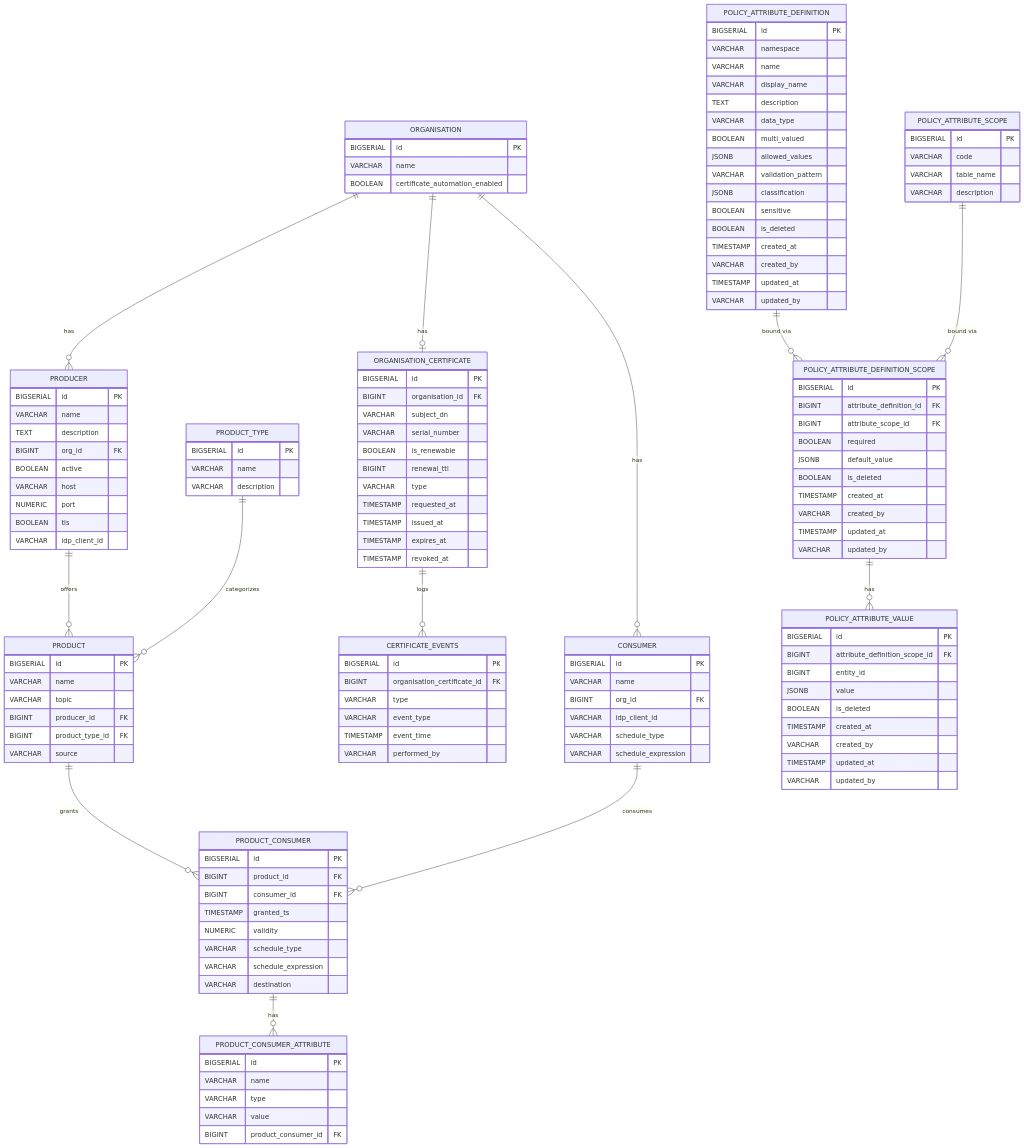
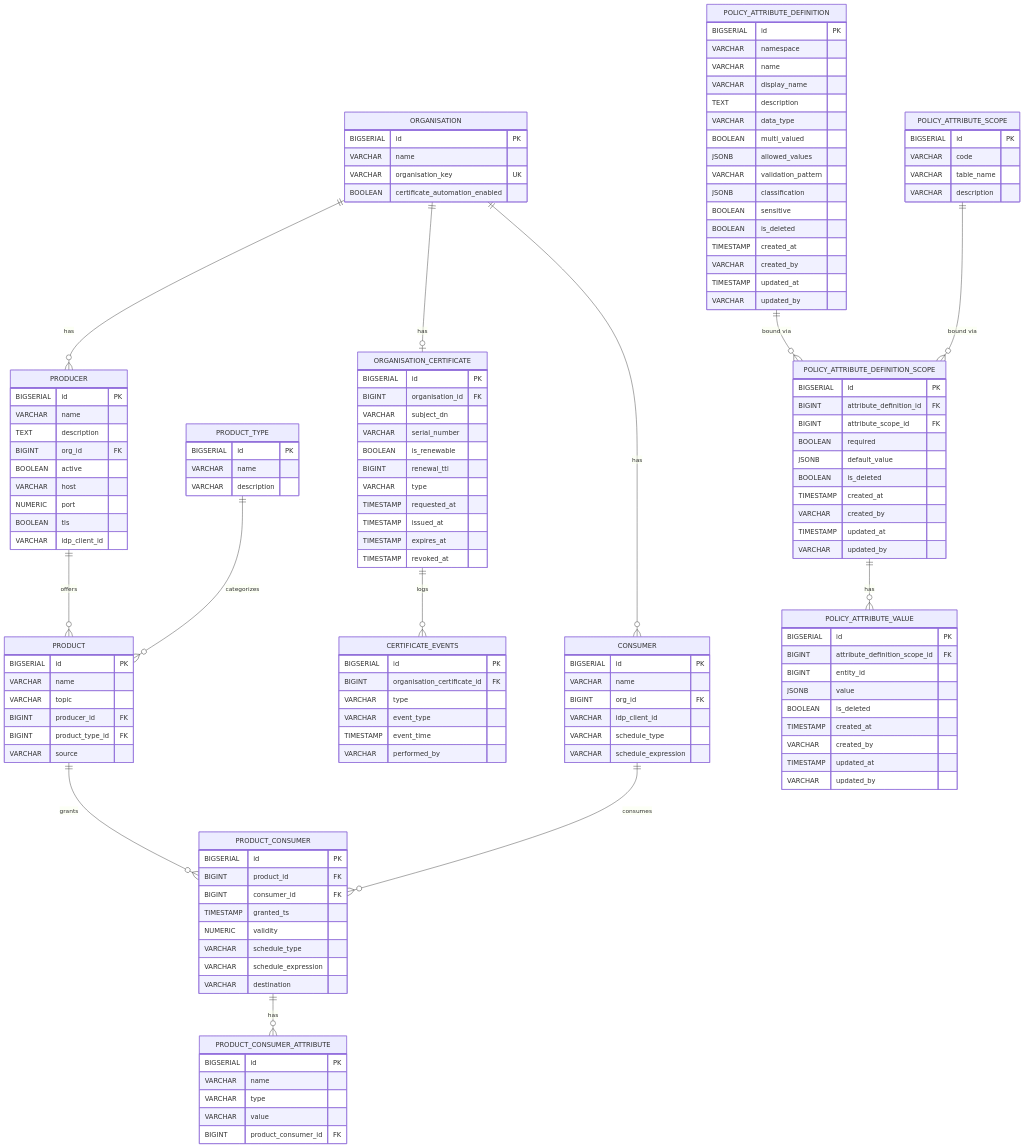
The diagram in docs/DATABASE_SCHEMA.md (National-Node-Net/management-node), drawn with Mermaid before and after one commit. The commit also changed other lines of this file and 20 other files, not shown here.

First line of the commit message:
feat(config): introduce organisation key and associated functionality

```diff
--- a/docs/DATABASE_SCHEMA.md
+++ b/docs/DATABASE_SCHEMA.md
@@ -46,6 +46,7 @@
   ORGANISATION {
     BIGSERIAL id PK
     VARCHAR name
+    VARCHAR organisation_key UK
     BOOLEAN certificate_automation_enabled
   }
   PRODUCER {
```
